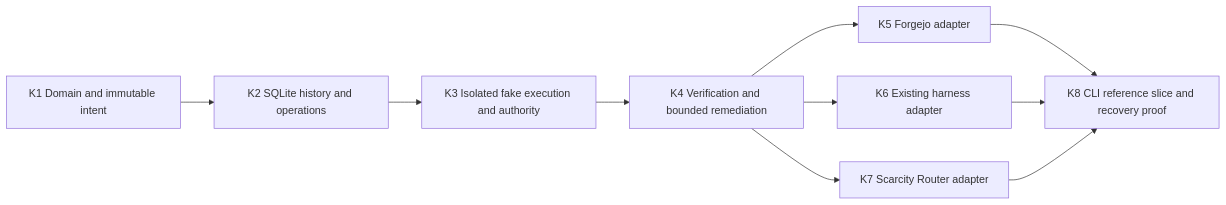
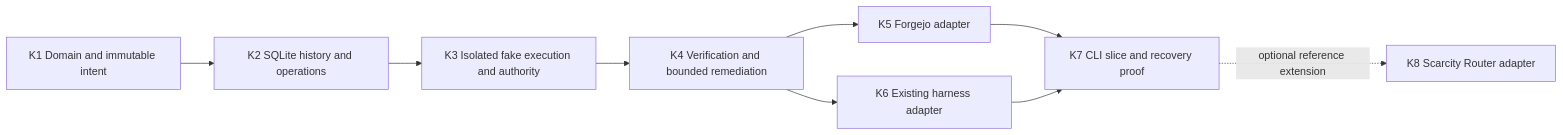
One commit to creatidy/creatidy-kernel changed the diagram in docs/architecture/successor.md. Above: the diagram before and after it, drawn with Mermaid. The commit also changed other lines of this file and 10 other files, not shown here.

````diff
--- a/docs/architecture/successor.md
+++ b/docs/architecture/successor.md
@@ -9,12 +9,11 @@
 ```mermaid
 flowchart LR
     K1[K1 Domain and immutable intent] --> K2[K2 SQLite history and operations]
     K2 --> K3[K3 Isolated fake execution and authority]
     K3 --> K4[K4 Verification and bounded remediation]
     K4 --> K5[K5 Forgejo adapter]
     K4 --> K6[K6 Existing harness adapter]
-    K4 --> K7[K7 Scarcity Router adapter]
-    K5 --> K8[K8 CLI reference slice and recovery proof]
-    K6 --> K8
-    K7 --> K8
+    K5 --> K7[K7 CLI slice and recovery proof]
+    K6 --> K7
+    K7 -. optional reference extension .-> K8[K8 Scarcity Router adapter]
 ```
````
